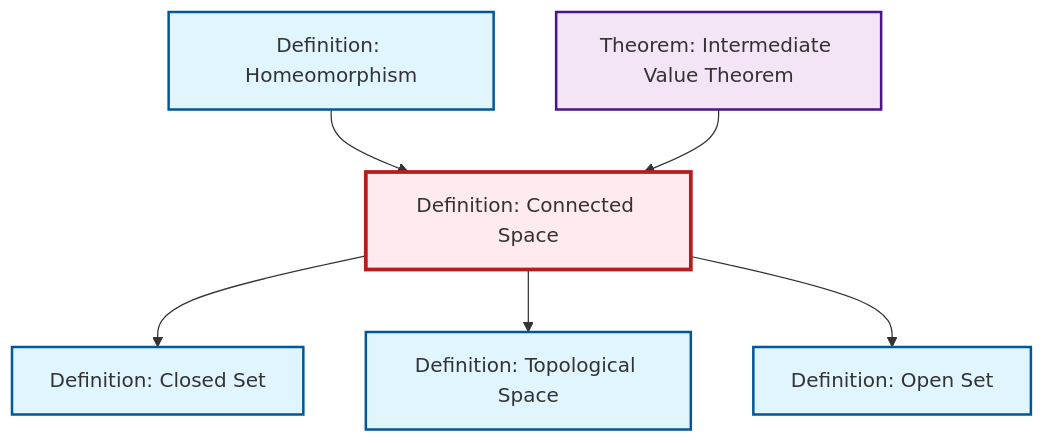
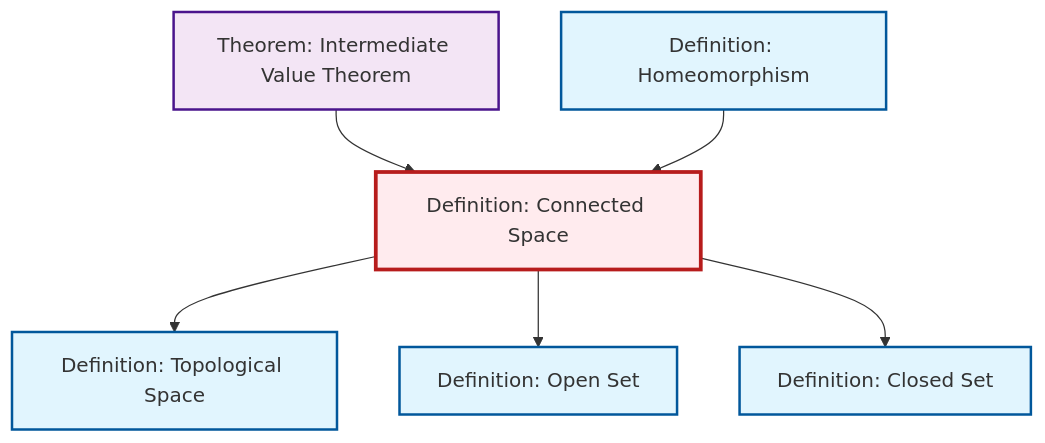
One commit to RK0429/ModernMath changed the diagram in content/en/topology/def-connected.qmd. Above: the diagram before and after it, drawn with Mermaid. The commit also changed other lines of this file and 360 other files, not shown here.

````diff
--- a/content/en/topology/def-connected.qmd
+++ b/content/en/topology/def-connected.qmd
@@ -49,26 +49,26 @@
 ```{mermaid}
 %%| fig-cap: "Local dependency graph"
 graph TD
     classDef definition fill:#e1f5fe,stroke:#01579b,stroke-width:2px
     classDef theorem fill:#f3e5f5,stroke:#4a148c,stroke-width:2px
     classDef axiom fill:#fff3e0,stroke:#e65100,stroke-width:2px
     classDef example fill:#e8f5e9,stroke:#1b5e20,stroke-width:2px
     classDef current fill:#ffebee,stroke:#b71c1c,stroke-width:3px
+    def-open-set["Definition: Open Set"]:::definition
+    def-topological-space["Definition: Topological Space"]:::definition
     def-closed-set["Definition: Closed Set"]:::definition
+    def-connected["Definition: Connected Space"]:::definition
+    def-homeomorphism["Definition: Homeomorphism"]:::definition
     thm-intermediate-value["Theorem: Intermediate Value Theorem"]:::theorem
-    def-connected["Definition: Connected Space"]:::definition
-    def-topological-space["Definition: Topological Space"]:::definition
-    def-open-set["Definition: Open Set"]:::definition
-    def-homeomorphism["Definition: Homeomorphism"]:::definition
-    def-connected --> def-closed-set
+    thm-intermediate-value --> def-connected
     def-homeomorphism --> def-connected
     def-connected --> def-topological-space
     def-connected --> def-open-set
-    thm-intermediate-value --> def-connected
+    def-connected --> def-closed-set
     class def-connected current
+    click def-open-set "def-open-set.html" "Go to Open Set definition"
+    click def-topological-space "def-topological-space.html" "Go to Topological Space definition"
     click def-closed-set "def-closed-set.html" "Go to Closed Set definition"
+    click def-homeomorphism "def-homeomorphism.html" "Go to Homeomorphism definition"
     click thm-intermediate-value "thm-intermediate-value.html" "Go to Intermediate Value Theorem theorem"
-    click def-topological-space "def-topological-space.html" "Go to Topological Space definition"
-    click def-open-set "def-open-set.html" "Go to Open Set definition"
-    click def-homeomorphism "def-homeomorphism.html" "Go to Homeomorphism definition"
 ```
````
